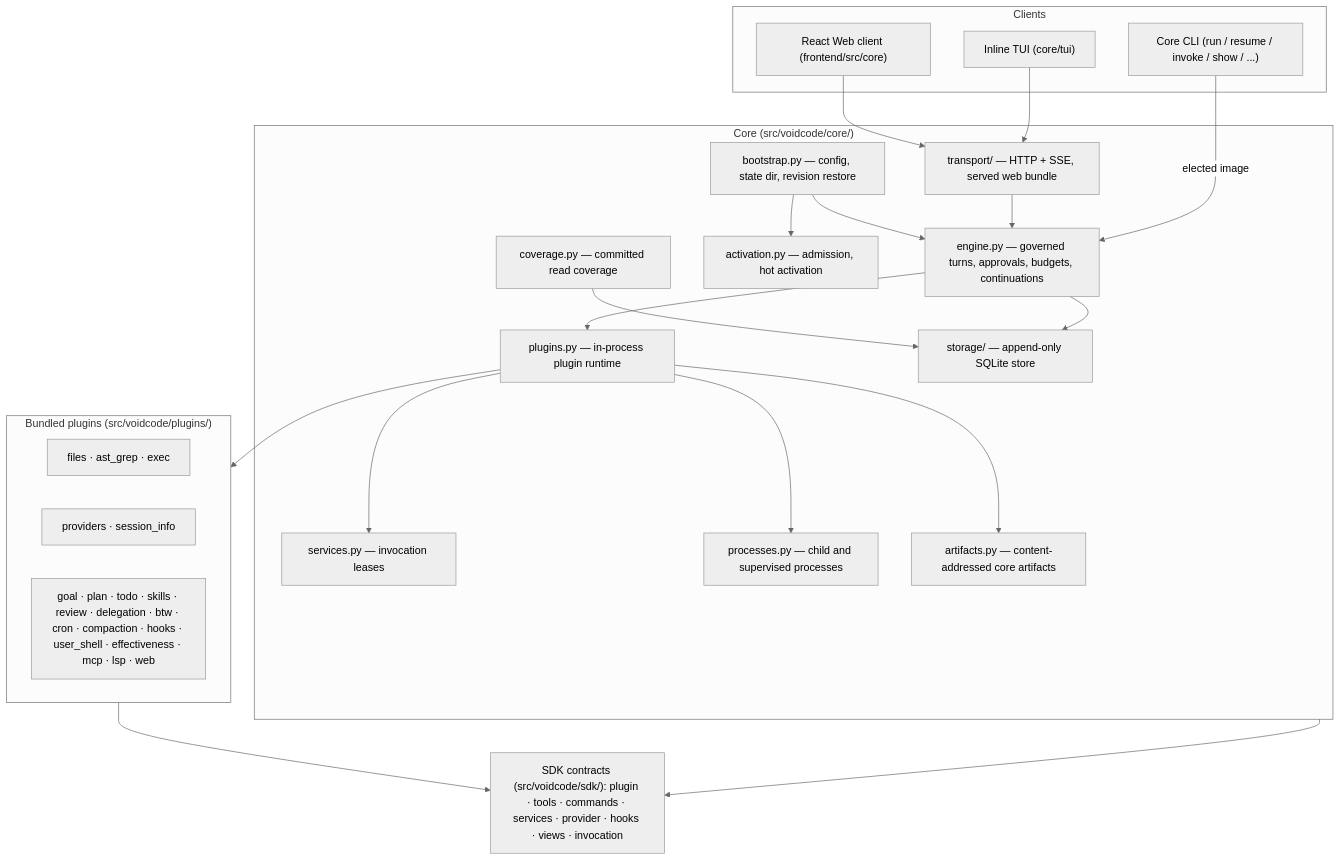
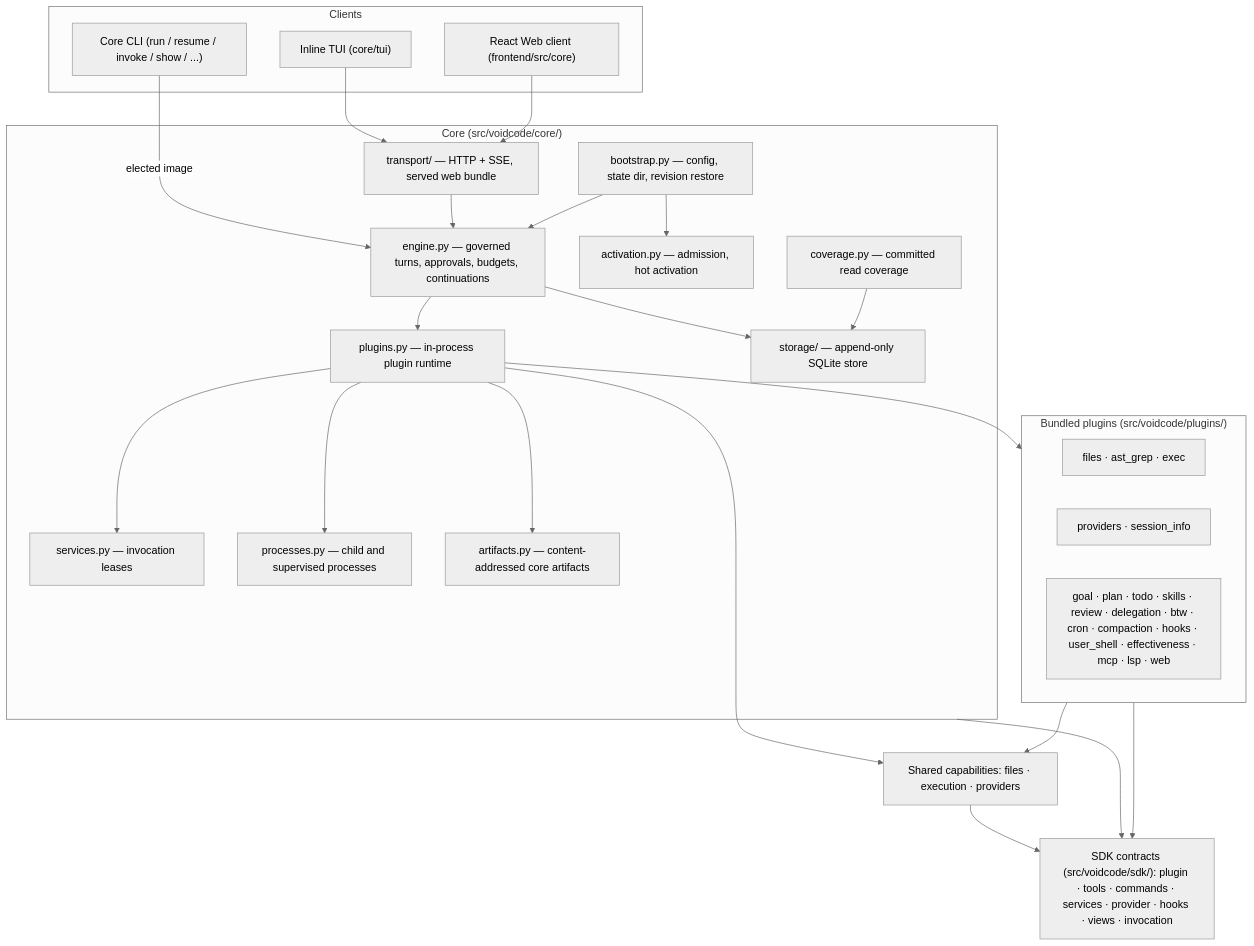
One commit to lei-jia-xing/voidcode changed the diagram in docs/architecture.md. Above: the diagram before and after it, drawn with Mermaid (neutral theme). The commit also changed other lines of this file and 124 other files, not shown here.

Commit message:
feat(core)!: provide built-in coding capabilities and decouple plugins

````diff
--- a/docs/architecture.md
+++ b/docs/architecture.md
@@ -24,45 +24,48 @@
 ```mermaid
 graph TD
     subgraph Clients["Clients"]
         CLI["Core CLI (run / resume / invoke / show / ...)"]
         TUI["Inline TUI (core/tui)"]
         Web["React Web client (frontend/src/core)"]
     end
 
     subgraph Core["Core (src/voidcode/core/)"]
         Engine["engine.py — governed turns, approvals, budgets, continuations"]
         Bootstrap["bootstrap.py — config, state dir, revision restore"]
         Activation["activation.py — admission, hot activation"]
         Runtime["plugins.py — in-process plugin runtime"]
         Services["services.py — invocation leases"]
         Processes["processes.py — child and supervised processes"]
         Storage["storage/ — append-only SQLite store"]
         Transport["transport/ — HTTP + SSE, served web bundle"]
         Artifacts["artifacts.py — content-addressed core artifacts"]
         Coverage["coverage.py — committed read coverage"]
     end
 
     subgraph Plugins["Bundled plugins (src/voidcode/plugins/)"]
         Files["files · ast_grep · exec"]
         Model["providers · session_info"]
         Product["goal · plan · todo · skills · review · delegation · btw · cron · compaction · hooks · user_shell · effectiveness · mcp · lsp · web"]
     end
 
     SDK["SDK contracts (src/voidcode/sdk/): plugin · tools · commands · services · provider · hooks · views · invocation"]
 
     CLI -->|elected image| Engine
     TUI --> Transport
     Web --> Transport
     Transport --> Engine
     Engine --> Runtime
     Engine --> Storage
     Bootstrap --> Activation
     Bootstrap --> Engine
     Coverage --> Storage
     Runtime --> Services
     Runtime --> Processes
     Runtime --> Artifacts
     Runtime --> Plugins
+    Runtime --> Capabilities["Shared capabilities: files · execution · providers"]
+    Plugins --> Capabilities
+    Capabilities --> SDK
     Core --> SDK
     Plugins --> SDK
 ```
````
